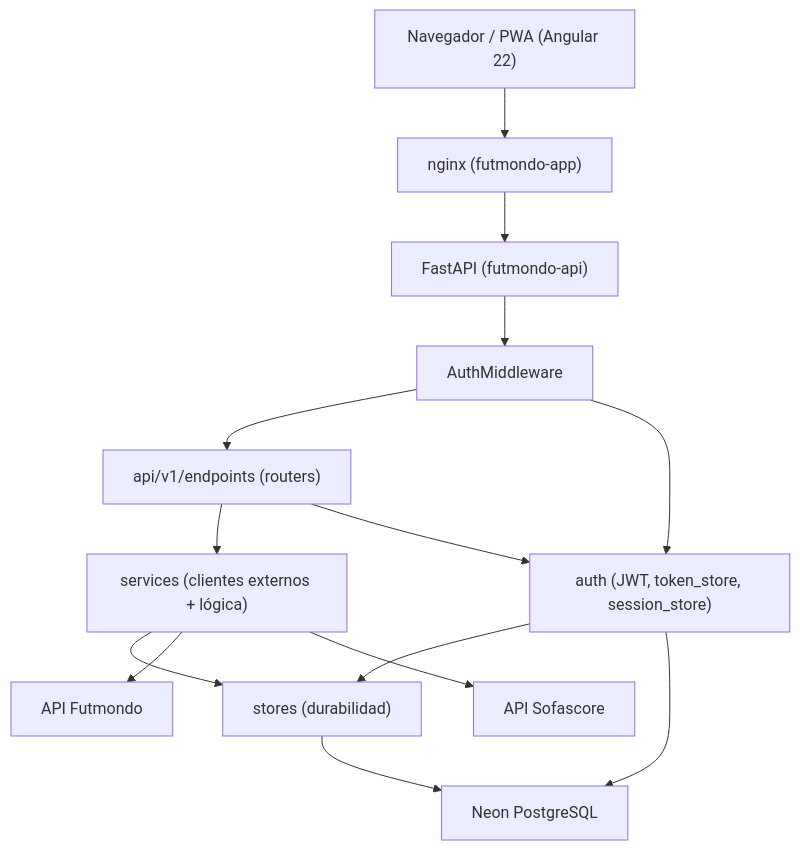
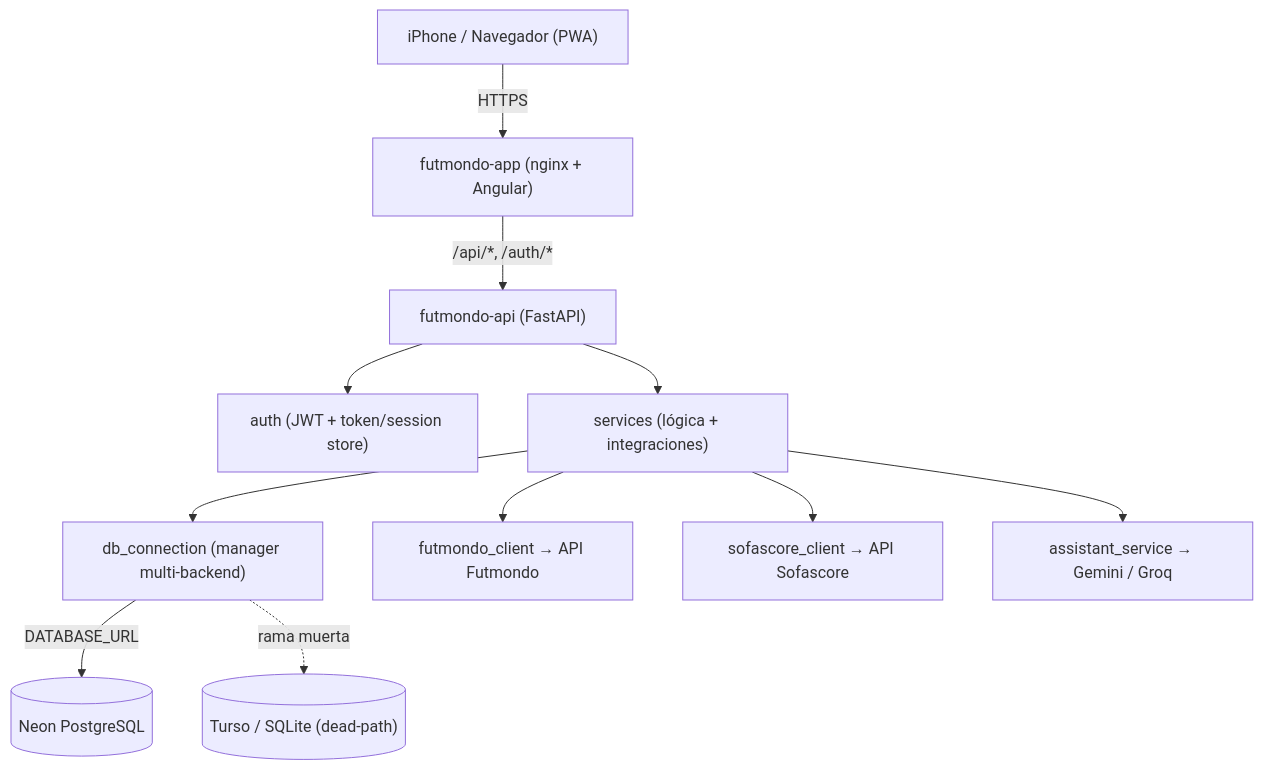
Before and after one commit to Mutinho/futmondo-analytics: the first of 3 diagrams in aidlc/spaces/default/codekb/futmondo-analytics/architecture.md, drawn with Mermaid. The commit also changed other lines of this file and 32 other files, not shown here.

````diff
--- a/aidlc/spaces/default/codekb/futmondo-analytics/architecture.md
+++ b/aidlc/spaces/default/codekb/futmondo-analytics/architecture.md
@@ -37,28 +26,13 @@
 ```mermaid
 graph TD
-    Browser["Navegador / PWA (Angular 22)"]
-    Nginx["nginx (futmondo-app)"]
-    API["FastAPI (futmondo-api)"]
-    MW["AuthMiddleware"]
-    Auth["auth (JWT, token_store, session_store)"]
-    Endpoints["api/v1/endpoints (routers)"]
-    Services["services (clientes externos + lógica)"]
-    Stores["stores (durabilidad)"]
-    DB["Neon PostgreSQL"]
-    Futmondo["API Futmondo"]
-    Sofascore["API Sofascore"]
-
-    Browser --> Nginx
-    Nginx --> API
-    API --> MW
-    MW --> Endpoints
-    MW --> Auth
-    Endpoints --> Services
-    Endpoints --> Auth
-    Auth --> Stores
-    Services --> Stores
-    Stores --> DB
-    Auth --> DB
-    Services --> Futmondo
-    Services --> Sofascore
+  Browser["iPhone / Navegador (PWA)"] -->|HTTPS| FE["futmondo-app (nginx + Angular)"]
+  FE -->|/api/*, /auth/*| BE["futmondo-api (FastAPI)"]
+  BE --> Auth["auth (JWT + token/session store)"]
+  BE --> Svc["services (lógica + integraciones)"]
+  Svc --> DBC["db_connection (manager multi-backend)"]
+  DBC -->|DATABASE_URL| Neon[("Neon PostgreSQL")]
+  DBC -.rama muerta.-> Turso[("Turso / SQLite (dead-path)")]
+  Svc --> FM["futmondo_client → API Futmondo"]
+  Svc --> SS["sofascore_client → API Sofascore"]
+  Svc --> AI["assistant_service → Gemini / Groq"]
 ```
````
